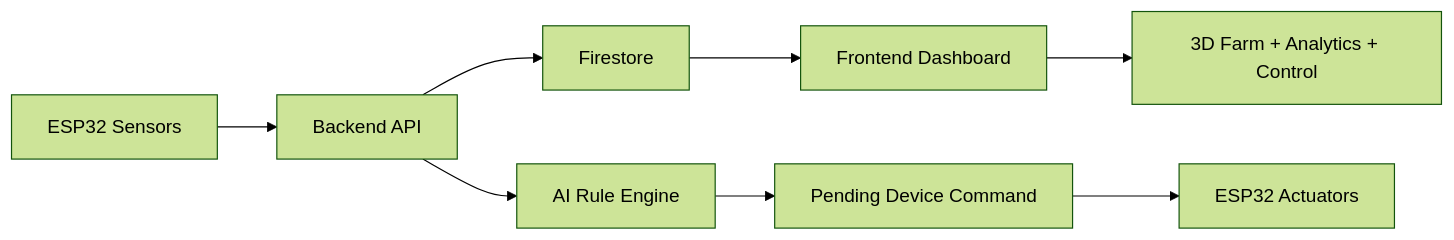
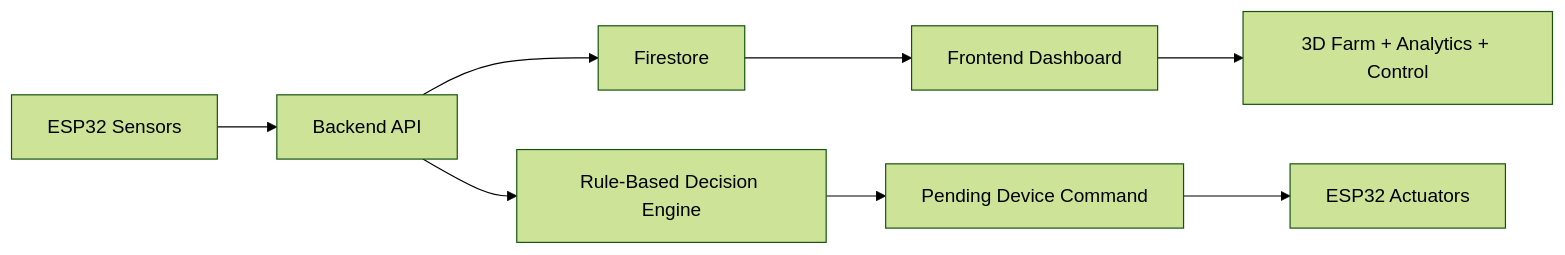
The first of 2 diagrams in README.md (jiahui-1101/SeedDown), drawn with Mermaid (forest theme) before and after one commit. The commit also changed other lines of this file and 7 other files, not shown here.

````diff
--- a/README.md
+++ b/README.md
@@ -84,10 +84,10 @@
 ```mermaid
 flowchart LR
     A[ESP32 Sensors] --> B[Backend API]
     B --> C[Firestore]
-    B --> D[AI Rule Engine]
+    B --> D[Rule-Based Decision Engine]
     D --> E[Pending Device Command]
     E --> F[ESP32 Actuators]
     C --> G[Frontend Dashboard]
     G --> H[3D Farm + Analytics + Control]
 ```
````
